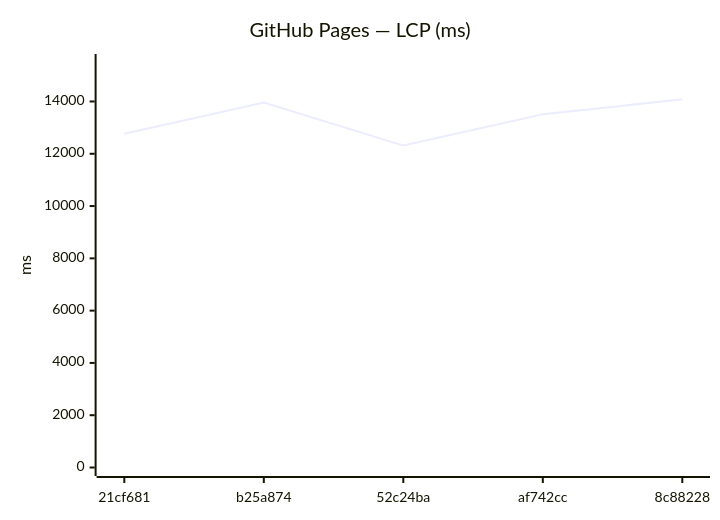
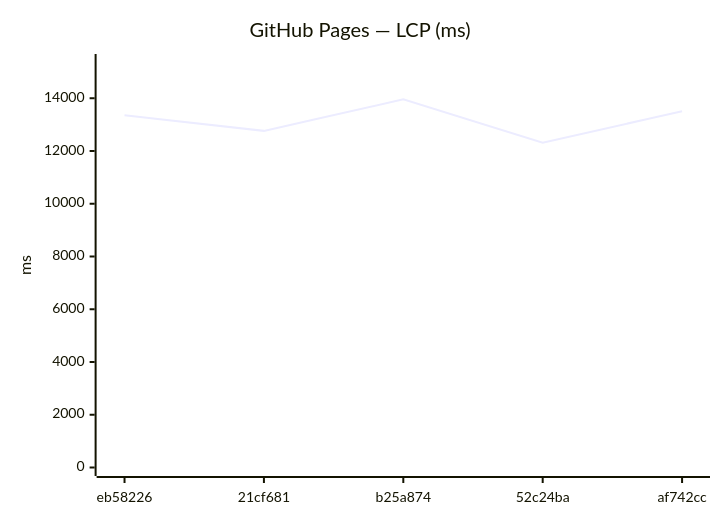
The ninth of 18 diagrams in benchmarks/compare.md (Metaheurist/Rianell), drawn with Mermaid before and after one commit. The commit also changed other lines of this file and 11 other files, not shown here.

````diff
--- a/benchmarks/compare.md
+++ b/benchmarks/compare.md
@@ -142,7 +142,7 @@
 ```mermaid
 xychart-beta
     title "GitHub Pages — LCP (ms)"
-    x-axis ["21cf681", "b25a874", "52c24ba", "af742cc", "8c88228"]
-    y-axis "ms" 0 --> 15491
-    line [12763, 13959, 12313, 13510, 14082]
+    x-axis ["eb58226", "21cf681", "b25a874", "52c24ba", "af742cc"]
+    y-axis "ms" 0 --> 15355
+    line [13354, 12763, 13959, 12313, 13510]
 ```
````
